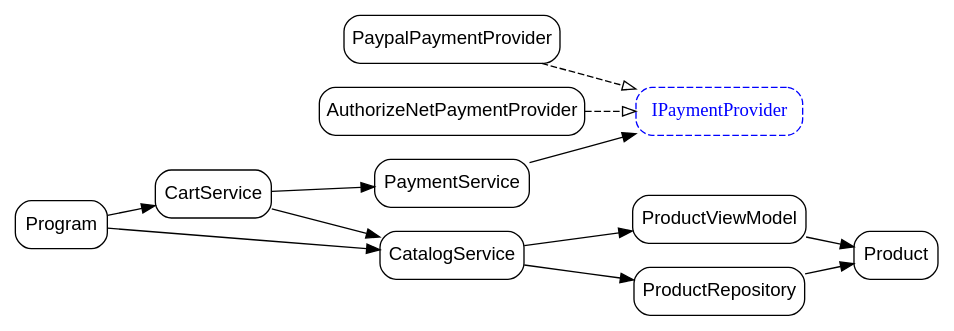
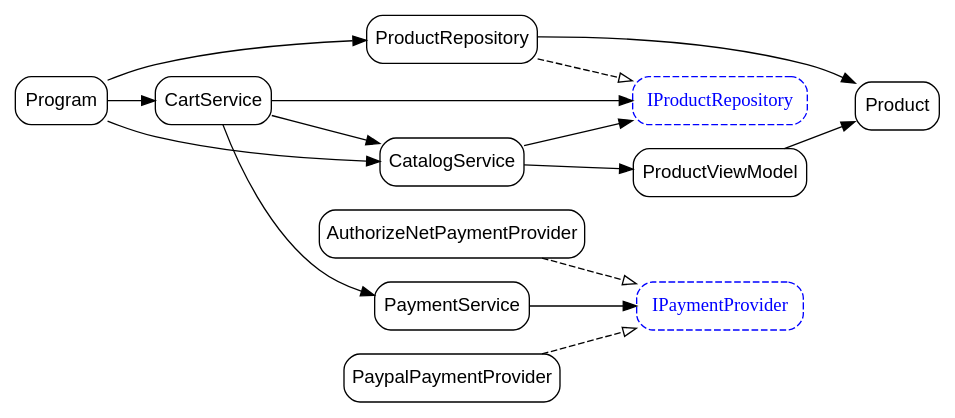
Before and after one commit to valadas/DependencyInjectionDemo: the diagram in class-dependencies.dot, drawn with Graphviz. The commit also changed 5 other files, not shown here.

Commit message:
Reversed dependencies on ProductRepository

```diff
--- a/class-dependencies.dot
+++ b/class-dependencies.dot
@@ -1,26 +1,30 @@
 digraph ClassDependencies {
     rankdir=LR;
     node [shape=box, style=rounded, fontname="Arial"];
-        "DependencyInjectionDemo.Services.Payment.Providers.PaypalPaymentProvider" [label="PaypalPaymentProvider"];
+        "DependencyInjectionDemo.Services.Catalog.Data.Repositories.IProductRepository" [label="IProductRepository", style="dashed,rounded", fontname="Arial Italic", color="blue", fontcolor="blue"];
+    "DependencyInjectionDemo.Services.Payment.Providers.PaypalPaymentProvider" [label="PaypalPaymentProvider"];
     "DependencyInjectionDemo.Services.Payment.Providers.AuthorizeNetPaymentProvider" [label="AuthorizeNetPaymentProvider"];
     "DependencyInjectionDemo.Services.Catalog.Data.ViewModels.ProductViewModel" [label="ProductViewModel"];
     "DependencyInjectionDemo.Program" [label="Program"];
     "DependencyInjectionDemo.Services.Payment.Providers.IPaymentProvider" [label="IPaymentProvider", style="dashed,rounded", fontname="Arial Italic", color="blue", fontcolor="blue"];
     "DependencyInjectionDemo.Services.Catalog.Data.Entiities.Product" [label="Product"];
     "DependencyInjectionDemo.Services.Payment.PaymentService" [label="PaymentService"];
     "DependencyInjectionDemo.Services.Catalog.Data.Repositories.ProductRepository" [label="ProductRepository"];
     "DependencyInjectionDemo.Services.Cart.CartService" [label="CartService"];
     "DependencyInjectionDemo.Services.Catalog.CatalogService" [label="CatalogService"];
 
     "DependencyInjectionDemo.Services.Catalog.Data.ViewModels.ProductViewModel" -> "DependencyInjectionDemo.Services.Catalog.Data.Entiities.Product";
+    "DependencyInjectionDemo.Program" -> "DependencyInjectionDemo.Services.Catalog.Data.Repositories.ProductRepository";
     "DependencyInjectionDemo.Program" -> "DependencyInjectionDemo.Services.Catalog.CatalogService";
     "DependencyInjectionDemo.Program" -> "DependencyInjectionDemo.Services.Cart.CartService";
     "DependencyInjectionDemo.Services.Payment.PaymentService" -> "DependencyInjectionDemo.Services.Payment.Providers.IPaymentProvider";
     "DependencyInjectionDemo.Services.Catalog.Data.Repositories.ProductRepository" -> "DependencyInjectionDemo.Services.Catalog.Data.Entiities.Product";
+    "DependencyInjectionDemo.Services.Cart.CartService" -> "DependencyInjectionDemo.Services.Catalog.Data.Repositories.IProductRepository";
     "DependencyInjectionDemo.Services.Cart.CartService" -> "DependencyInjectionDemo.Services.Catalog.CatalogService";
     "DependencyInjectionDemo.Services.Cart.CartService" -> "DependencyInjectionDemo.Services.Payment.PaymentService";
+    "DependencyInjectionDemo.Services.Catalog.CatalogService" -> "DependencyInjectionDemo.Services.Catalog.Data.Repositories.IProductRepository";
     "DependencyInjectionDemo.Services.Catalog.CatalogService" -> "DependencyInjectionDemo.Services.Catalog.Data.ViewModels.ProductViewModel";
-    "DependencyInjectionDemo.Services.Catalog.CatalogService" -> "DependencyInjectionDemo.Services.Catalog.Data.Repositories.ProductRepository";
     "DependencyInjectionDemo.Services.Payment.Providers.PaypalPaymentProvider" -> "DependencyInjectionDemo.Services.Payment.Providers.IPaymentProvider" [arrowhead="empty", style="dashed"];
     "DependencyInjectionDemo.Services.Payment.Providers.AuthorizeNetPaymentProvider" -> "DependencyInjectionDemo.Services.Payment.Providers.IPaymentProvider" [arrowhead="empty", style="dashed"];
+    "DependencyInjectionDemo.Services.Catalog.Data.Repositories.ProductRepository" -> "DependencyInjectionDemo.Services.Catalog.Data.Repositories.IProductRepository" [arrowhead="empty", style="dashed"];
 }
```
